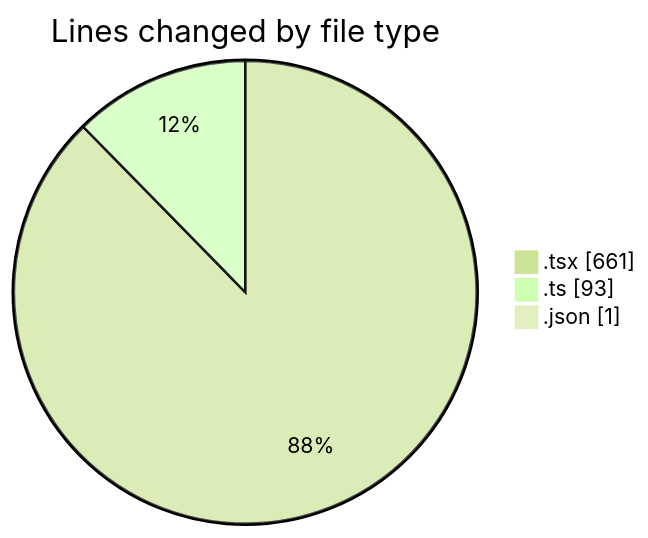
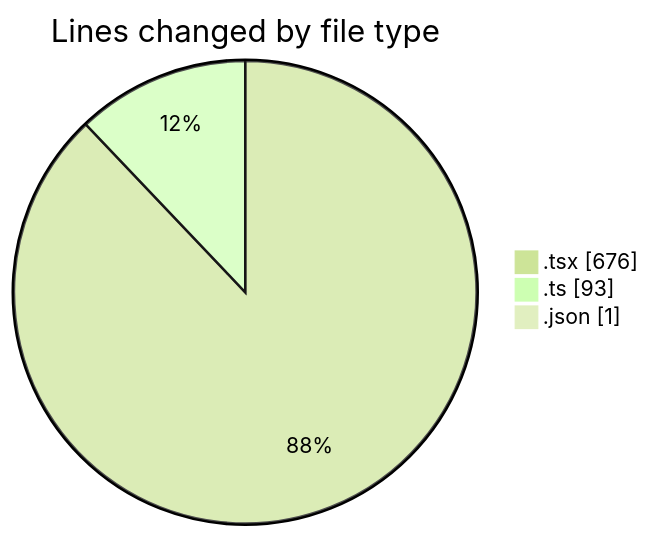
Before and after one commit to momahboobian/code-tracking: the first of 2 diagrams in 2026-09-17/cda/README.md, drawn with Mermaid (forest theme). The commit also changed other lines of this file and 1 other file, not shown here.

````diff
--- a/2026-09-17/cda/README.md
+++ b/2026-09-17/cda/README.md
@@ -31,7 +31,7 @@
 ```mermaid
 pie showData
 title Lines changed by file type
-".tsx" : 661
+".tsx" : 676
 ".ts" : 93
 ".json" : 1
 ```
````
